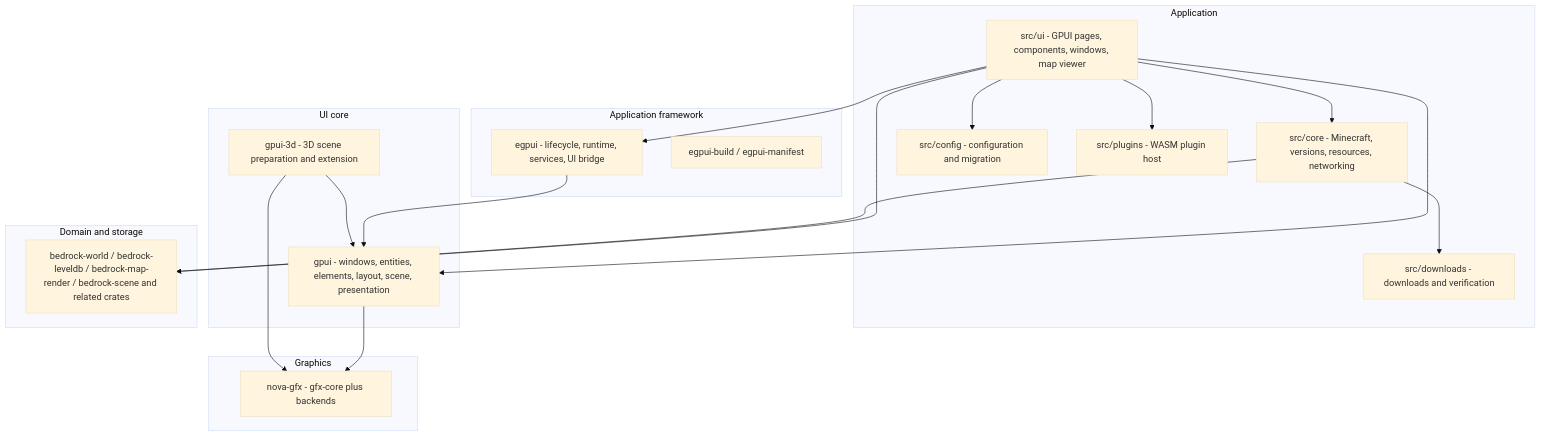
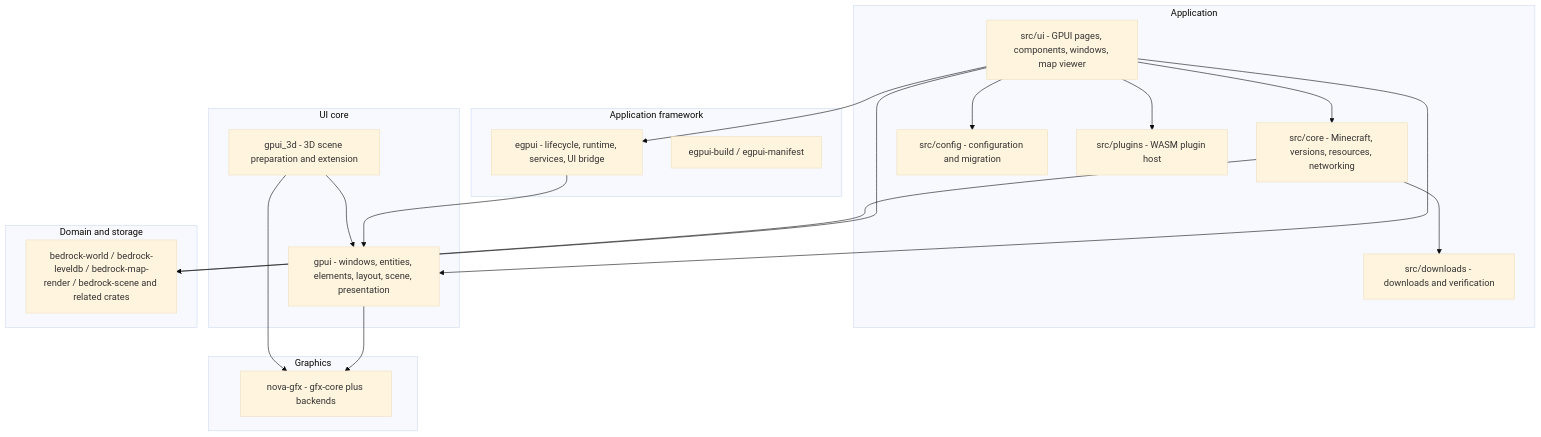
The diagram in docs/ARCHITECTURE.en.md (Chlna6666/Better-Minecraft-Bedrock-Launcher), drawn with Mermaid (base theme) before and after one commit. The commit also changed other lines of this file and 22 other files, not shown here.

````diff
--- a/docs/ARCHITECTURE.en.md
+++ b/docs/ARCHITECTURE.en.md
@@ -9,36 +9,36 @@
 ```mermaid
 flowchart TB
     subgraph App["Application"]
         UI["src/ui - GPUI pages, components, windows, map viewer"]
         Core["src/core - Minecraft, versions, resources, networking"]
         Downloads["src/downloads - downloads and verification"]
         Config["src/config - configuration and migration"]
         Plugins["src/plugins - WASM plugin host"]
     end
     subgraph Framework["Application framework"]
         Egpui["egpui - lifecycle, runtime, services, UI bridge"]
         EgpuiBuild["egpui-build / egpui-manifest"]
     end
     subgraph UiCore["UI core"]
         Gpui["gpui - windows, entities, elements, layout, scene, presentation"]
-        Gpui3d["gpui-3d - 3D scene preparation and extension"]
+        Gpui3d["gpui_3d - 3D scene preparation and extension"]
     end
     subgraph Gfx["Graphics"]
         Nova["nova-gfx - gfx-core plus backends"]
     end
     subgraph Domain["Domain and storage"]
         Bedrock["bedrock-world / bedrock-leveldb / bedrock-map-render / bedrock-scene and related crates"]
     end
     UI --> Core
     UI --> Bedrock
     UI --> Config
     UI --> Plugins
     Core --> Downloads
     UI --> Gpui
     UI --> Egpui
     Egpui --> Gpui
     Gpui --> Nova
     Gpui3d --> Gpui
     Gpui3d --> Nova
     Core --> Bedrock
 ```
````
